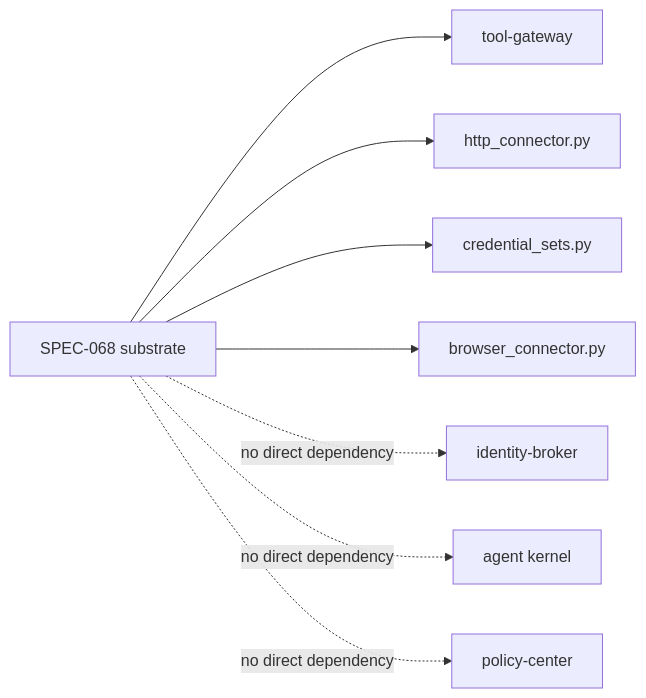
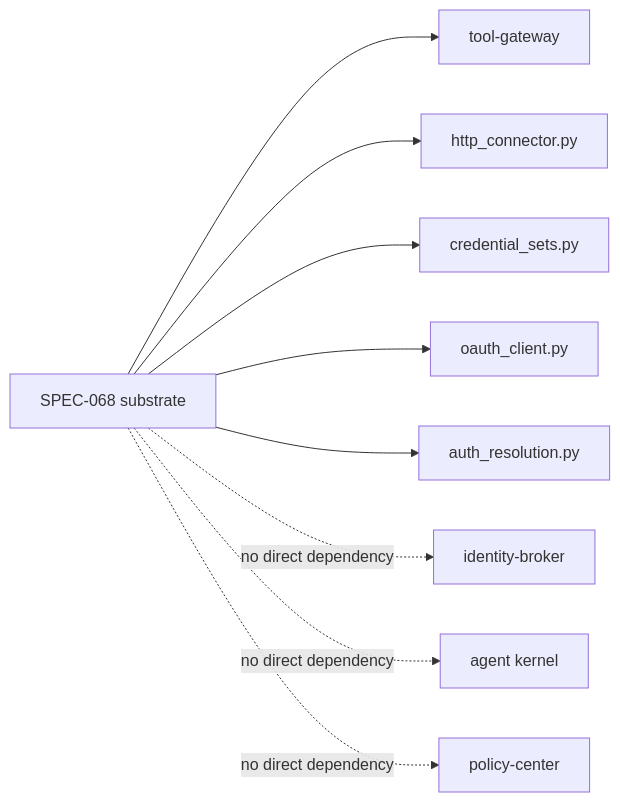
One commit to alainlei/luban-aiops changed the sixth of 6 diagrams in .qoder/repowiki/en/content/Shared Contracts/SPEC-068_ Outbound Execution-Credential Schemes Substrate.md. Above: the diagram before and after it, drawn with Mermaid. The commit also changed other lines of this file and 93 other files, not shown here.

````diff
--- a/.qoder/repowiki/en/content/Shared Contracts/SPEC-068_ Outbound Execution-Credential Schemes Substrate.md
+++ b/.qoder/repowiki/en/content/Shared Contracts/SPEC-068_ Outbound Execution-Credential Schemes Substrate.md
@@ -302,10 +345,11 @@
 ```mermaid
 graph LR
 Spec068["SPEC-068 substrate"] --> ToolGateway["tool-gateway"]
 Spec068 --> HttpConnector["http_connector.py"]
 Spec068 --> CredentialSets["credential_sets.py"]
-Spec068 --> BrowserConnector["browser_connector.py"]
+Spec068 --> OAuthClient["oauth_client.py"]
+Spec068 --> AuthResolution["auth_resolution.py"]
 Spec068 -. "no direct dependency" .-> IdentityBroker["identity-broker"]
 Spec068 -. "no direct dependency" .-> Kernel["agent kernel"]
 Spec068 -. "no direct dependency" .-> PolicyCenter["policy-center"]
 ```
````
